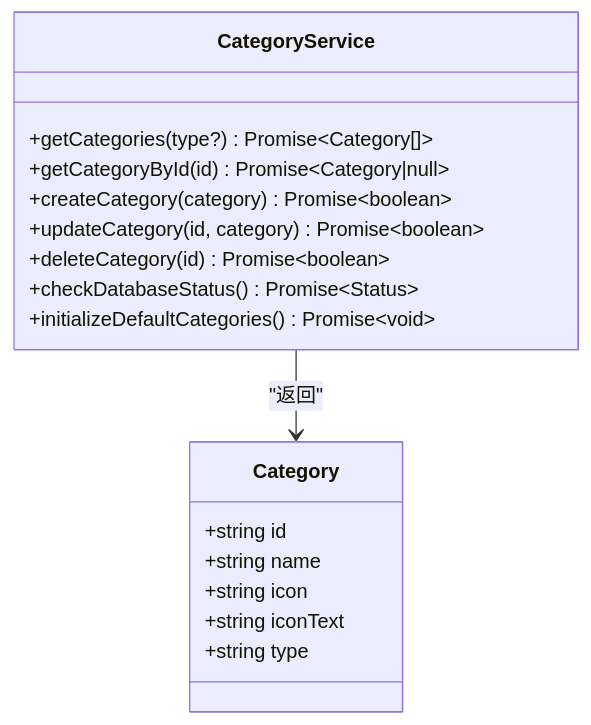
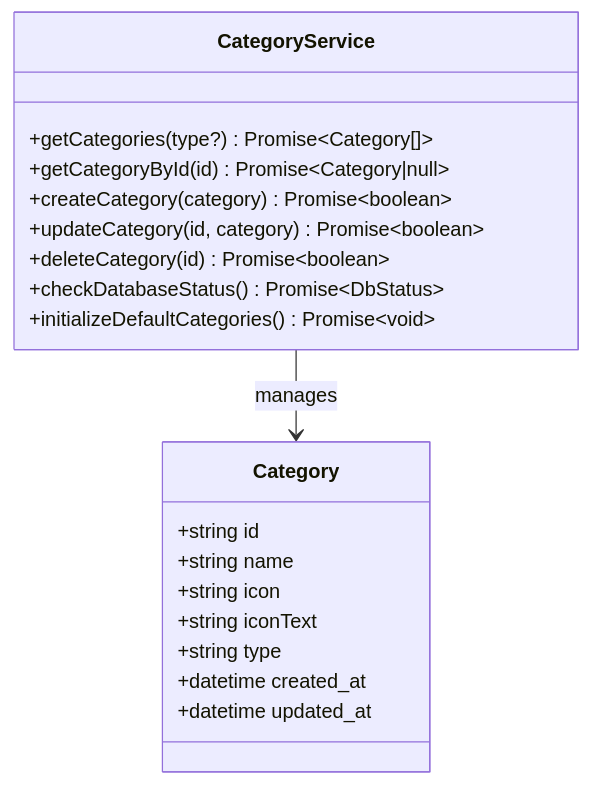
Diagram 11 of 13 in .qoder/repowiki/zh/content/API参考/服务API.md (xiao-lin-unit/yuan), drawn with Mermaid before and after one commit. The commit also changed other lines of this file and 21 other files, not shown here.

````diff
--- a/.qoder/repowiki/zh/content/API参考/服务API.md
+++ b/.qoder/repowiki/zh/content/API参考/服务API.md
@@ -111,20 +590,22 @@
 ```mermaid
 classDiagram
 class CategoryService {
 +getCategories(type?) Promise~Category[]~
 +getCategoryById(id) Promise~Category|null~
 +createCategory(category) Promise~boolean~
 +updateCategory(id, category) Promise~boolean~
 +deleteCategory(id) Promise~boolean~
-+checkDatabaseStatus() Promise~Status~
++checkDatabaseStatus() Promise~DbStatus~
 +initializeDefaultCategories() Promise~void~
 }
 class Category {
 +string id
 +string name
 +string icon
 +string iconText
 +string type
++datetime created_at
++datetime updated_at
 }
-CategoryService --> Category : "返回"
+CategoryService --> Category : manages
 ```
````
